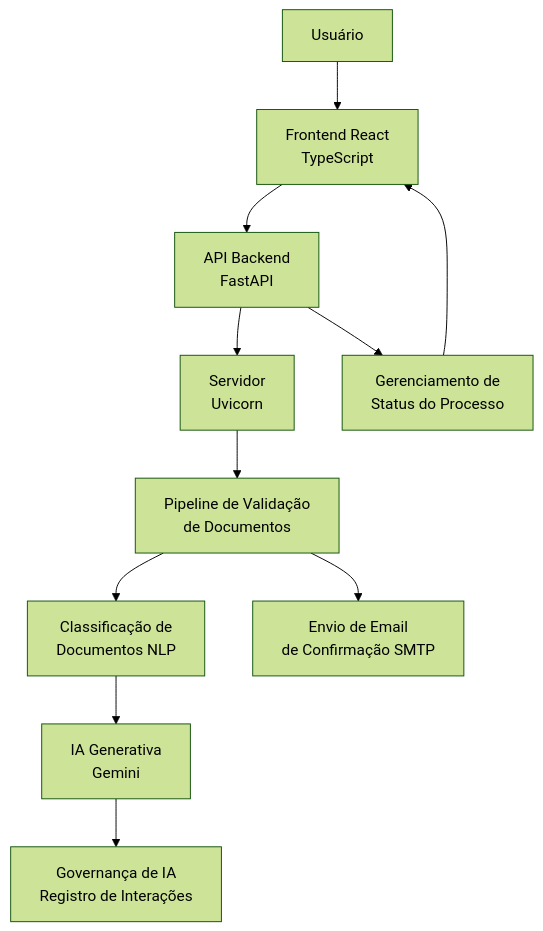
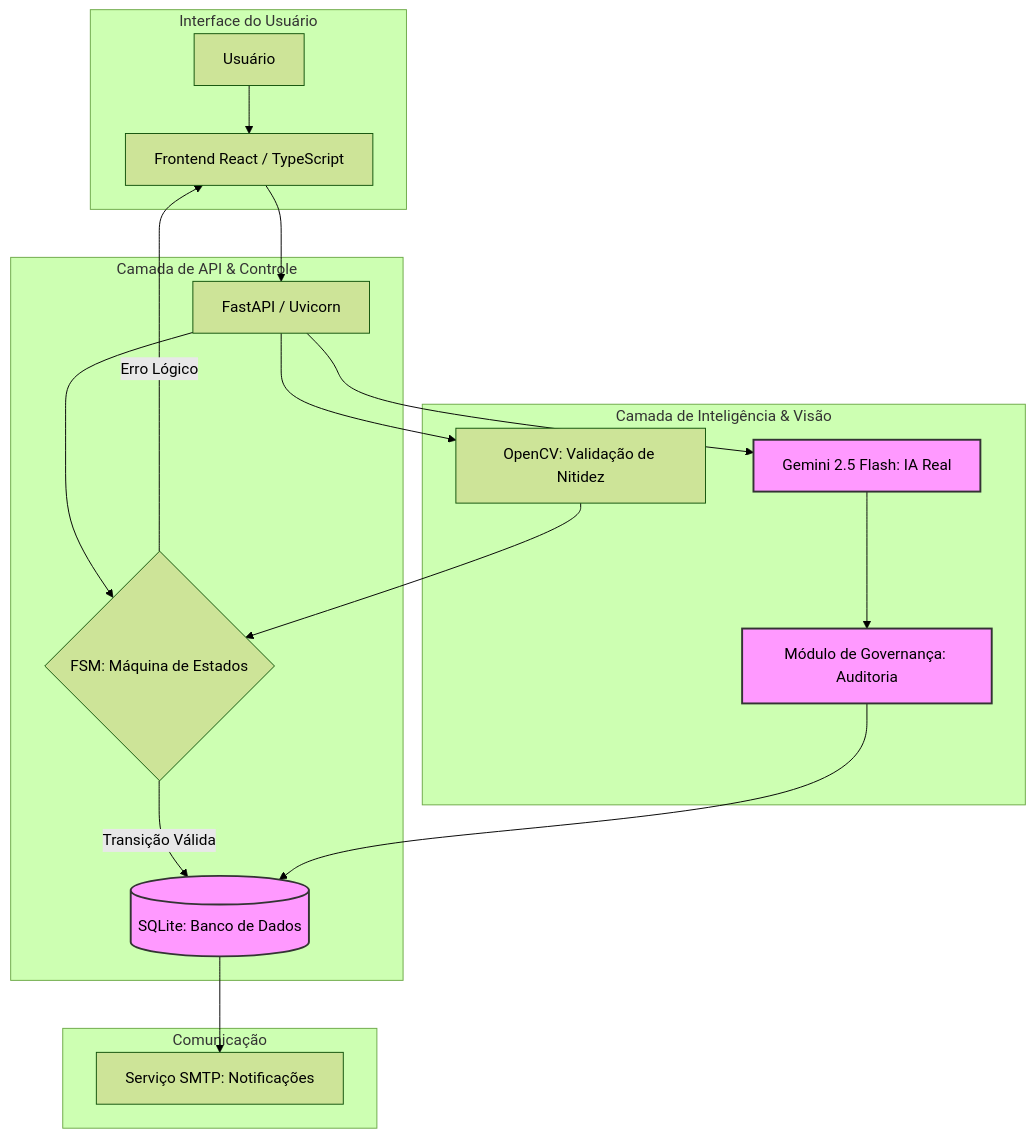
One commit to luanaportop/desafio-youvisa-sprint3 changed the diagram in README.md. Above: the diagram before and after it, drawn with Mermaid (forest theme).

````diff
--- a/README.md
+++ b/README.md
@@ -188,23 +188,28 @@
 ```mermaid
-flowchart TD
+graph TD
+    subgraph Client_Side [Interface do Usuário]
+        A[Usuário] --> B[Frontend React / TypeScript]
+    end
 
-A[Usuário] --> B[Frontend React<br/>TypeScript]
+    subgraph API_Layer [Camada de API & Controle]
+        B --> C[FastAPI / Uvicorn]
+        C --> D{FSM: Máquina de Estados}
+        D -- Transição Válida --> E[(SQLite: Banco de Dados)]
+        D -- Erro Lógico --> B
+    end
 
-B --> C[API Backend<br/>FastAPI]
+    subgraph Intelligence_Layer [Camada de Inteligência & Visão]
+        C --> F[OpenCV: Validação de Nitidez]
+        C --> G[Gemini 2.5 Flash: IA Real]
+        G --> H[Módulo de Governança: Auditoria]
+        F --> D
+        H --> E
+    end
 
-C --> D[Servidor<br/>Uvicorn]
+    subgraph Notifications [Comunicação]
+        E --> I[Serviço SMTP: Notificações]
+    end
 
-D --> E[Pipeline de Validação<br/>de Documentos]
-
-E --> F[Classificação de<br/>Documentos NLP]
-
-F --> G[IA Generativa<br/>Gemini]
-
-G --> H[Governança de IA<br/>Registro de Interações]
-
-E --> I[Envio de Email<br/>de Confirmação SMTP]
-
-C --> J[Gerenciamento de<br/>Status do Processo]
-
-J --> B
+    classDef tech fill:#f9f,stroke:#333,stroke-width:2px;
+    class E,G,H tech;
 ```
````
